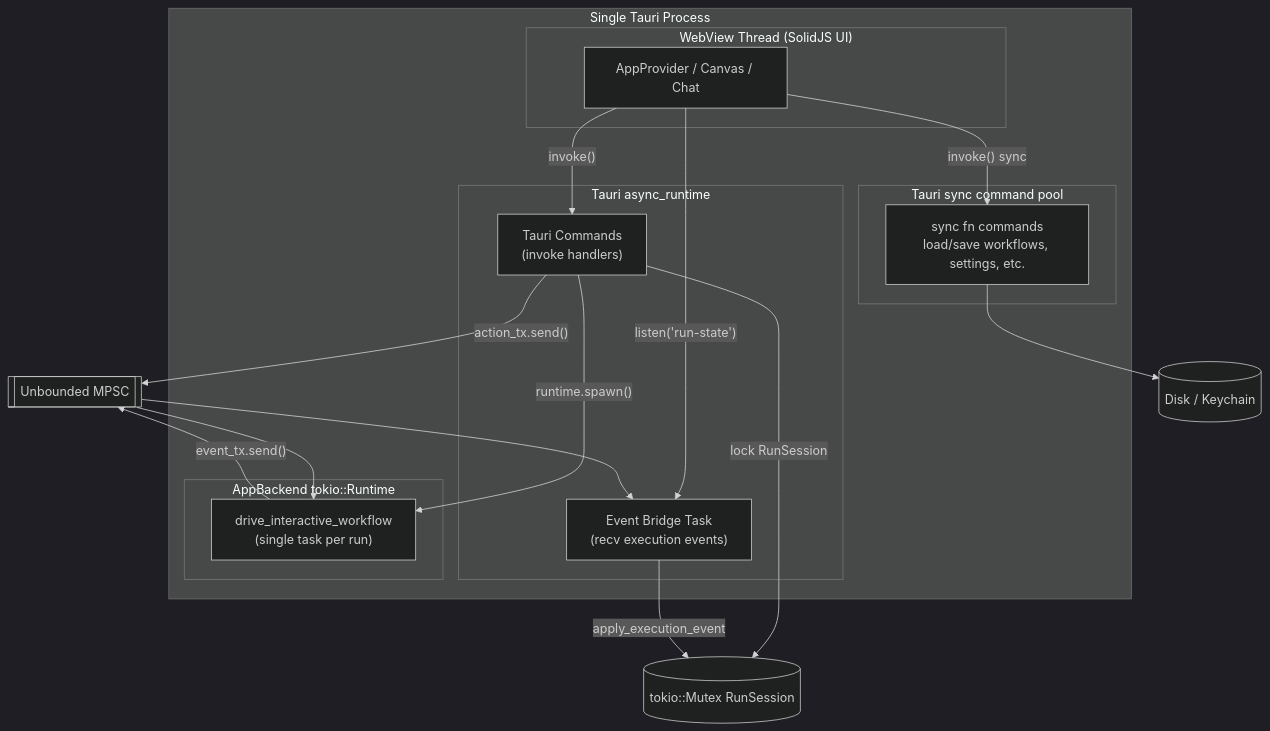
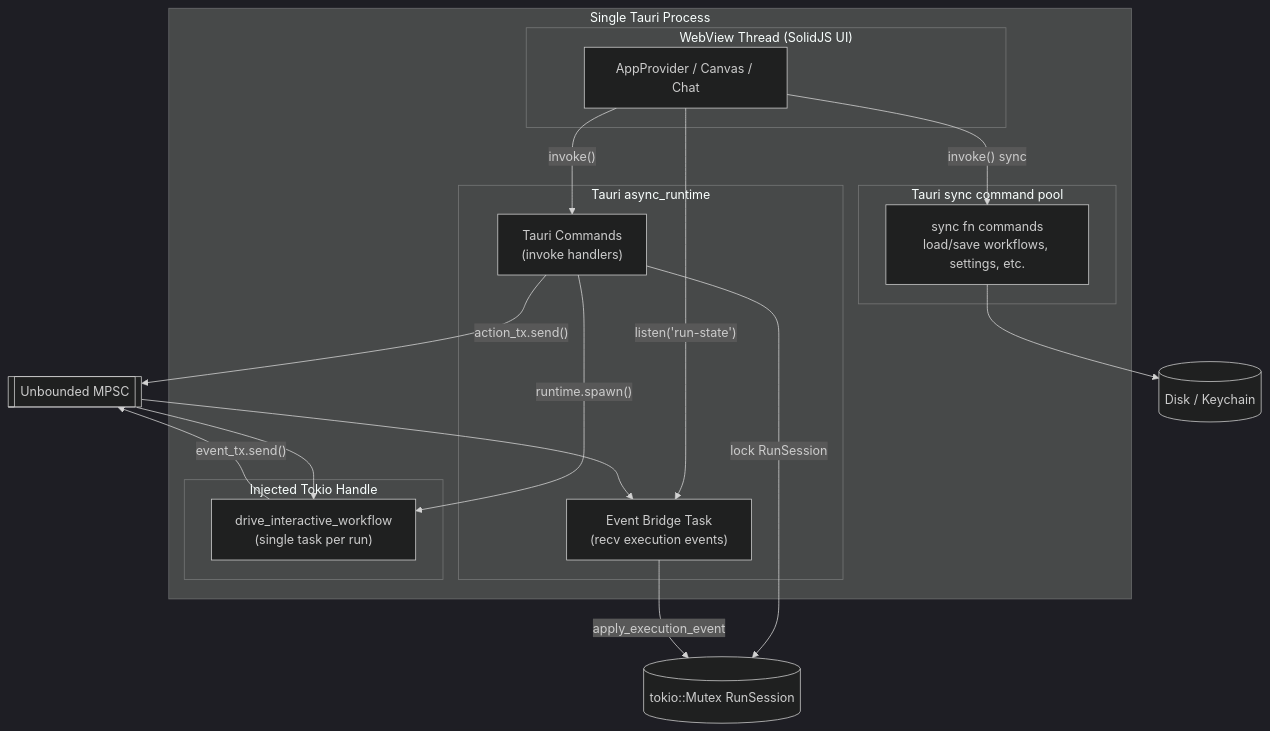
The first of 7 diagrams in docs/architecture/threading-concurrency.md (philbotar/OpenFlow), drawn with Mermaid (dark theme) before and after one commit. The commit also changed other lines of this file and 63 other files, not shown here.

````diff
--- a/docs/architecture/threading-concurrency.md
+++ b/docs/architecture/threading-concurrency.md
@@ -25,33 +25,33 @@
 ```mermaid
 flowchart TB
     subgraph Process["Single Tauri Process"]
         subgraph WebView["WebView Thread (SolidJS UI)"]
             UI["AppProvider / Canvas / Chat"]
         end
 
         subgraph TauriRT["Tauri async_runtime"]
             TC["Tauri Commands<br/>(invoke handlers)"]
             EB["Event Bridge Task<br/>(recv execution events)"]
         end
 
-        subgraph BackendRT["AppBackend tokio::Runtime"]
+        subgraph BackendRT["Injected Tokio Handle"]
             EX["drive_interactive_workflow<br/>(single task per run)"]
         end
 
         subgraph SyncPool["Tauri sync command pool"]
             SC["sync fn commands<br/>load/save workflows, settings, etc."]
         end
     end
 
     UI -->|"invoke()"| TC
     UI -->|"listen('run-state')"| EB
     TC -->|"lock RunSession"| RS[("tokio::Mutex RunSession")]
     EB -->|"apply_execution_event"| RS
     TC -->|"action_tx.send()"| CH[["Unbounded MPSC"]]
     EX -->|"event_tx.send()"| CH
     CH --> EB
     CH --> EX
     TC -->|"runtime.spawn()"| EX
     UI -->|"invoke() sync"| SC
     SC --> FS[("Disk / Keychain")]
 ```
````
